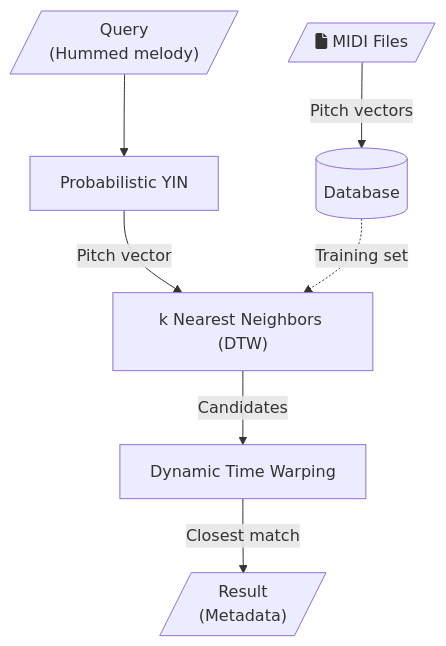
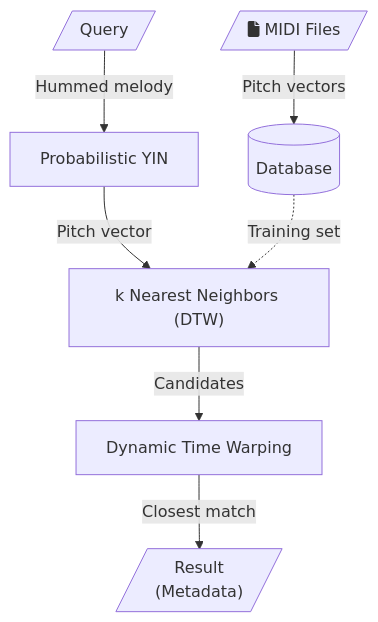
One commit to vivekvjyn/strawberry-fields changed the diagram in README.md. Above: the diagram before and after it, drawn with Mermaid.

````diff
--- a/README.md
+++ b/README.md
@@ -70,10 +70,10 @@
 ```mermaid
 flowchart TB;
-   A[/"Query\n(Hummed melody)"/] --> B["Probabilistic YIN"];
+   A[/"Query"/] -->|"Hummed melody"| B["Probabilistic YIN"];
    B -->|Pitch vector| C["k Nearest Neighbors (DTW)"];
    C -->|Candidates| D["Dynamic Time Warping"];
    D -->|Closest match| E[/"Result\n(Metadata)"/];
    G[("Database")] -.->|Training set| C
    F[/"fa:fa-file MIDI Files"/] -->|Pitch vectors| G
     
 ```
````
